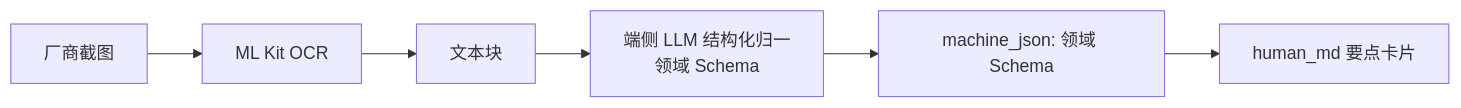
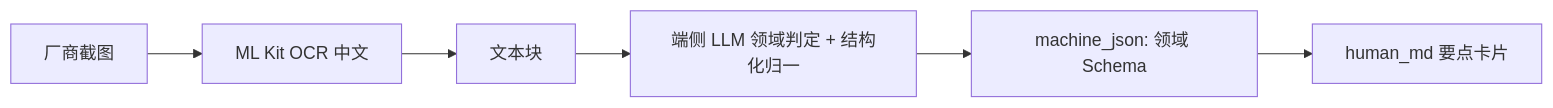
One commit to loveheng/goodshare changed the diagram in docs/product/v2-requirements.md. Above: the diagram before and after it, drawn with Mermaid. The commit also changed other lines of this file and 59 other files, not shown here.

````diff
--- a/docs/product/v2-requirements.md
+++ b/docs/product/v2-requirements.md
@@ -133,8 +117,8 @@
 ```mermaid
 flowchart LR
-    IMG[厂商截图] --> OCR[ML Kit OCR]
+    IMG[厂商截图] --> OCR[ML Kit OCR 中文]
     OCR --> TXT[文本块]
-    TXT --> LLM[端侧 LLM 结构化归一<br/>领域 Schema]
+    TXT --> LLM[端侧 LLM 领域判定 + 结构化归一]
     LLM --> JSON[machine_json: 领域 Schema]
     JSON --> MD[human_md 要点卡片]
 ```
````
